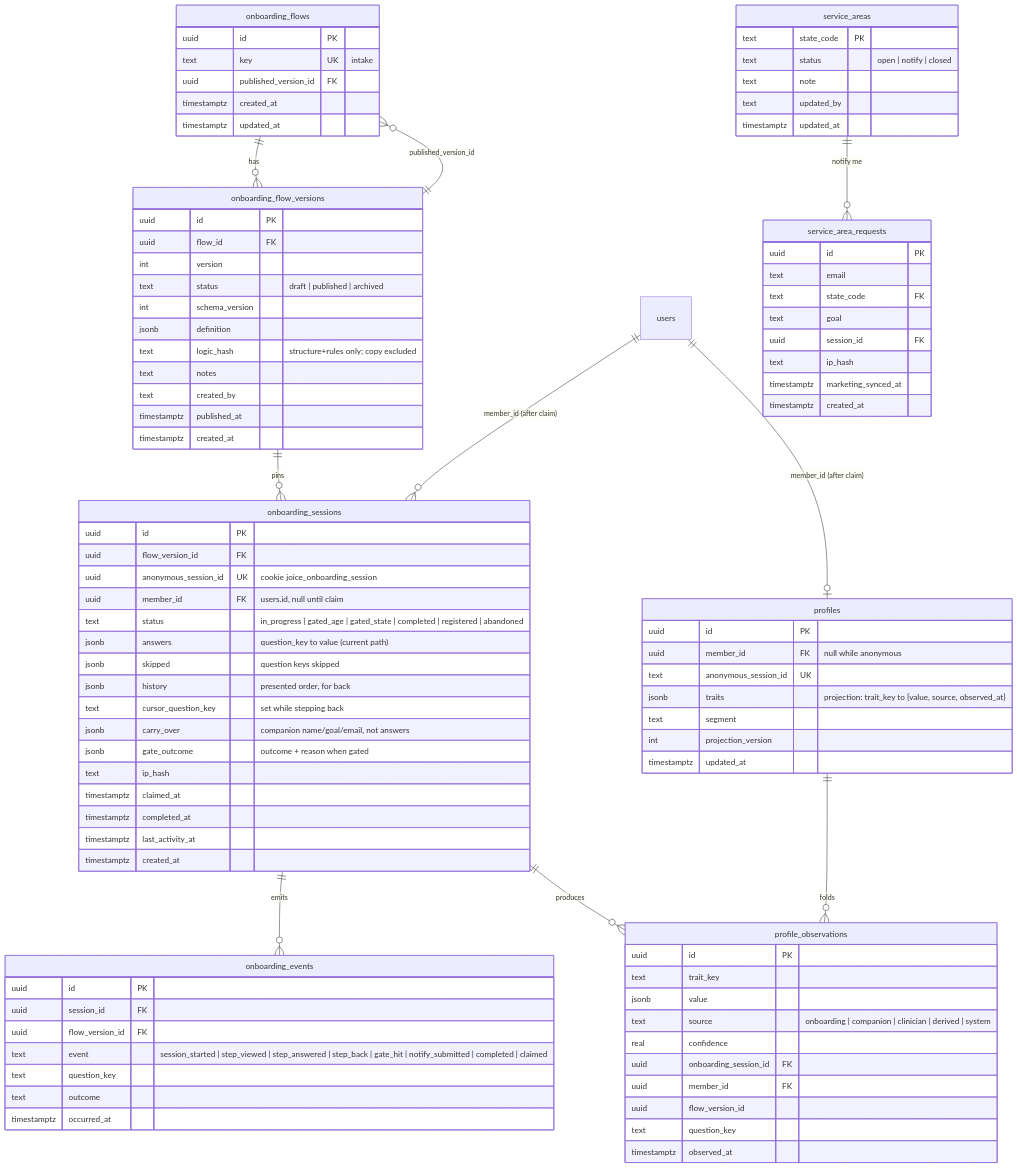
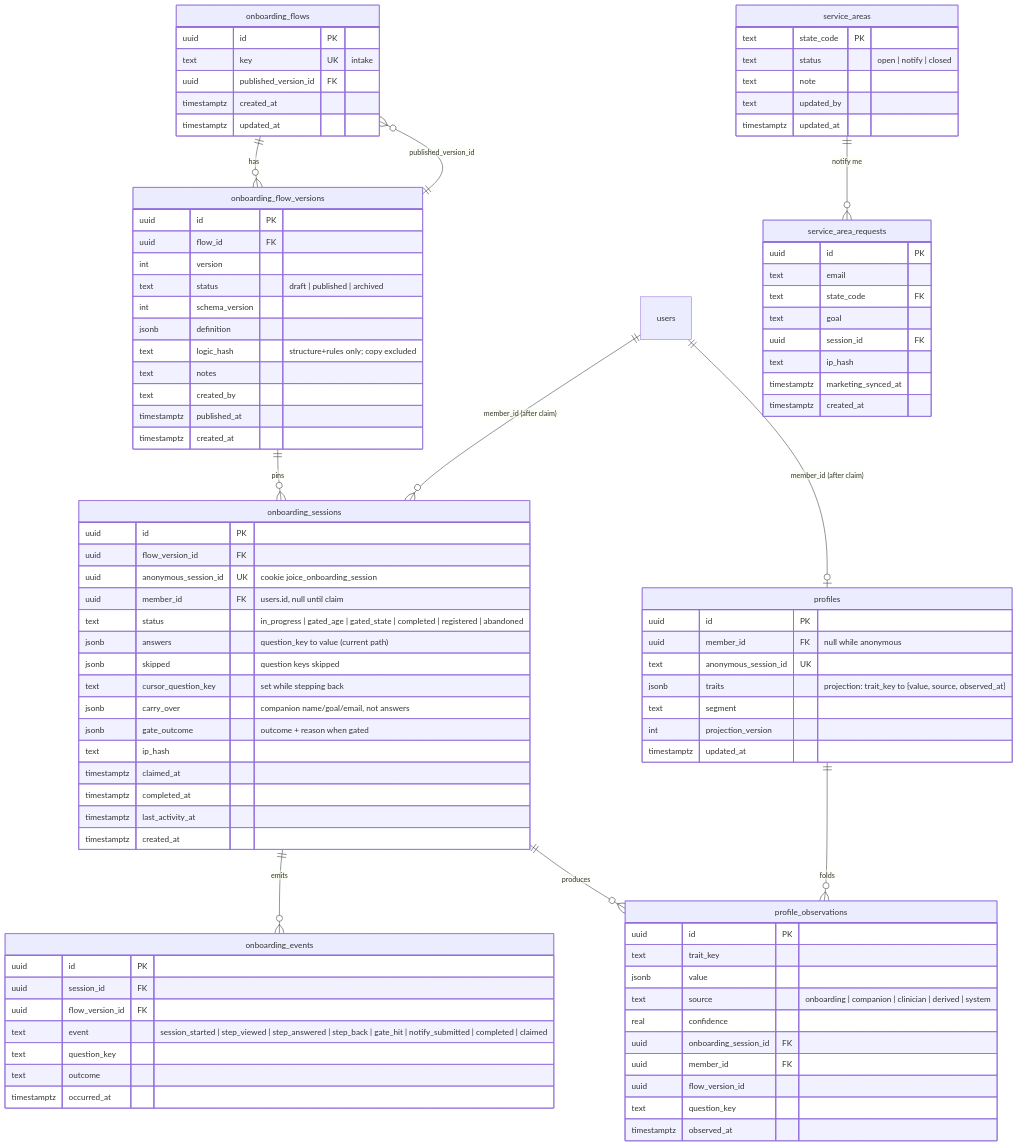
The fourth of 9 diagrams in docs/onboarding/00-plan.md (Joice-Health/Joice), drawn with Mermaid before and after one commit. The commit also changed other lines of this file, not shown here.

First line of the commit message:
Brief: the engine prunes hidden answers and keeps back as a path cursor

```diff
--- a/docs/onboarding/00-plan.md
+++ b/docs/onboarding/00-plan.md
@@ -297,7 +297,6 @@
     text status "in_progress | gated_age | gated_state | completed | registered | abandoned"
     jsonb answers "question_key to value (current path)"
     jsonb skipped "question keys skipped"
-    jsonb history "presented order, for back"
     text cursor_question_key "set while stepping back"
     jsonb carry_over "companion name/goal/email, not answers"
     jsonb gate_outcome "outcome + reason when gated"
```
